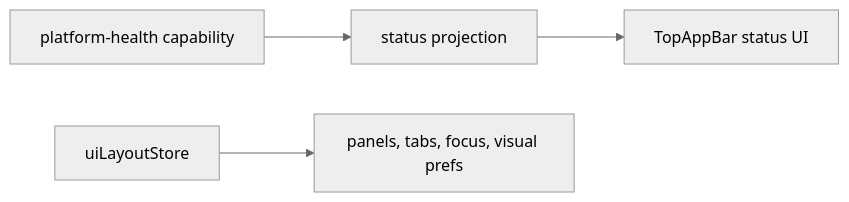
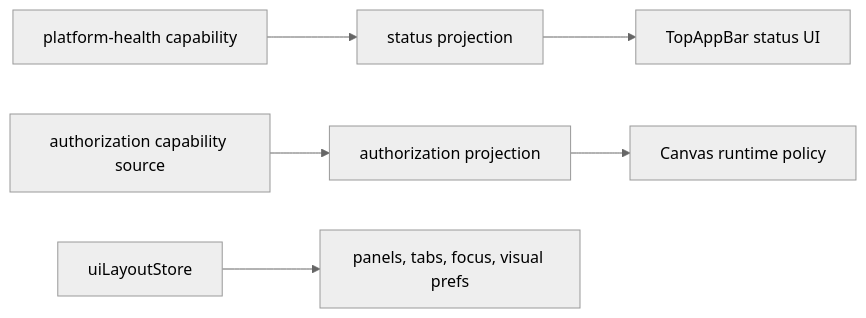
Before and after one commit to dunay2/dvt: the third of 3 diagrams in docs/architecture/components/web/web-store-domain-ownership-component.md, drawn with Mermaid (neutral theme). The commit also changed other lines of this file and 26 other files, not shown here.

````diff
--- a/docs/architecture/components/web/web-store-domain-ownership-component.md
+++ b/docs/architecture/components/web/web-store-domain-ownership-component.md
@@ -217,6 +222,8 @@
 ```mermaid
 flowchart LR
   Health["platform-health capability"] --> Status["status projection"]
+  AuthSource["authorization capability source"] --> Auth["authorization projection"]
   Status --> TopBar["TopAppBar status UI"]
+  Auth --> Canvas["Canvas runtime policy"]
   Layout["uiLayoutStore"] --> Shell["panels, tabs, focus, visual prefs"]
 ```
````
